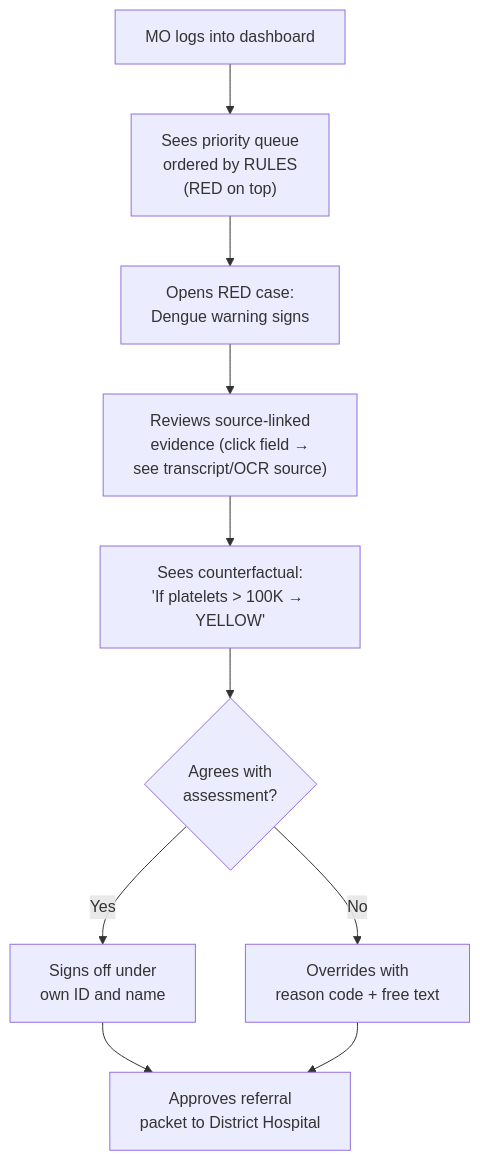
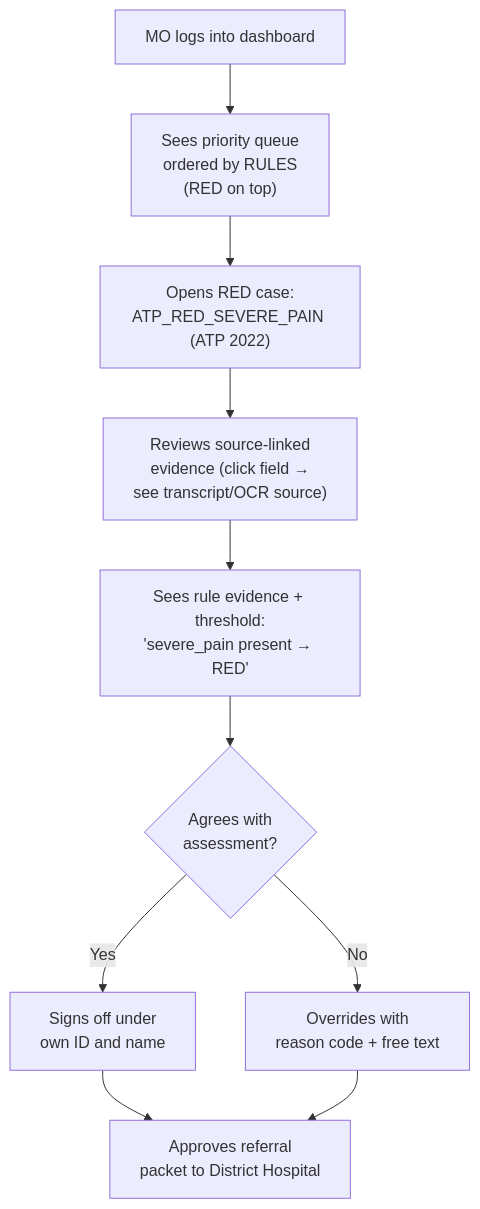
Before and after one commit to suresh121011/SEHAT-AI: the third of 4 diagrams in docs/01_PRD.md, drawn with Mermaid. The commit also changed 10 other files, not shown here.

````diff
--- a/docs/01_PRD.md
+++ b/docs/01_PRD.md
@@ -166,12 +166,12 @@
 ```mermaid
 flowchart TD
     A["MO logs into dashboard"] --> B["Sees priority queue\nordered by RULES\n(RED on top)"]
-    B --> C["Opens RED case:\nDengue warning signs"]
+    B --> C["Opens RED case:\nATP_RED_SEVERE_PAIN (ATP 2022)"]
     C --> D["Reviews source-linked\nevidence (click field →\nsee transcript/OCR source)"]
-    D --> E["Sees counterfactual:\n'If platelets > 100K → YELLOW'"]
+    D --> E["Sees rule evidence + threshold:\n'severe_pain present → RED'"]
     E --> F{"Agrees with\nassessment?"}
     F -->|Yes| G["Signs off under\nown ID and name"]
     F -->|No| H["Overrides with\nreason code + free text"]
     G --> I["Approves referral\npacket to District Hospital"]
     H --> I
 ```
````
